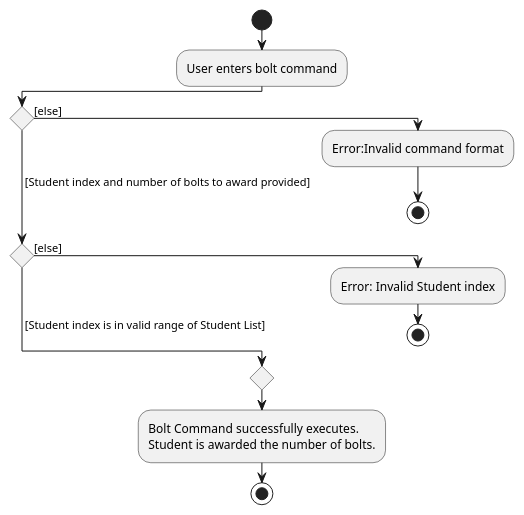
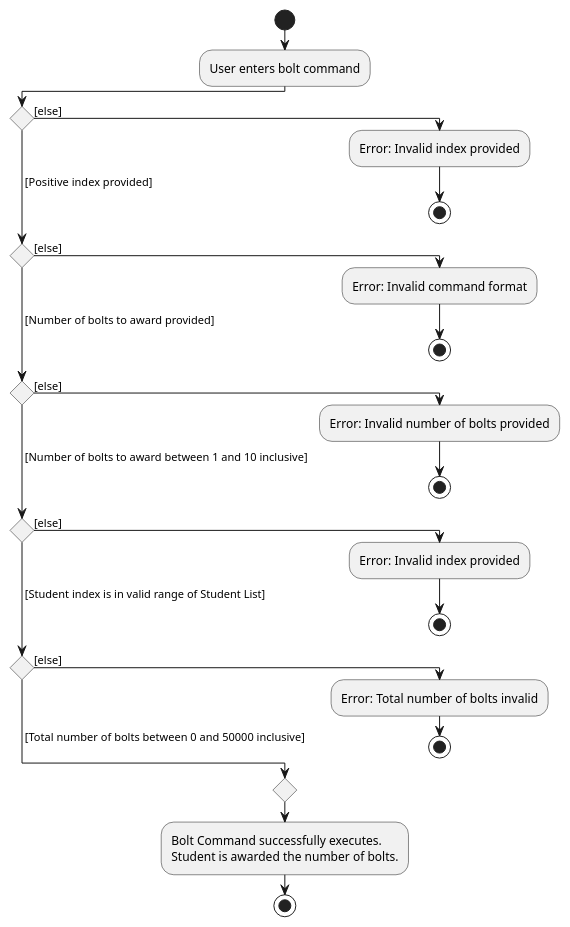
Before and after one commit to c-wenlong/tp: the diagram in docs/diagrams/BoltActivityDiagram.puml, drawn with PlantUML. The commit also changed 5 other files, not shown here.

First line of the commit message:
Update activity diagram for star and bolt command.

```diff
--- a/docs/diagrams/BoltActivityDiagram.puml
+++ b/docs/diagrams/BoltActivityDiagram.puml
@@ -1,17 +1,26 @@
 @startuml
 !pragma useVerticalIf on
 start
 :User enters bolt command;
 if () then ([else])
-  :Error:Invalid command format;
+  :Error: Invalid index provided;
   stop
-( [Student index and number of bolts to award provided]) elseif () then ([else])
-  :Error: Invalid Student index;
+( [Positive index provided]) elseif () then ([else])
+  :Error: Invalid command format;
   stop
-else ( [Student index is in valid range of Student List])
+( [Number of bolts to award provided]) elseif () then ([else])
+  :Error: Invalid number of bolts provided;
+  stop
+( [Number of bolts to award between 1 and 10 inclusive]) elseif () then ([else])
+  :Error: Invalid index provided;
+  stop
+( [Student index is in valid range of Student List]) elseif () then ([else])
+  :Error: Total number of bolts invalid;
+  stop
+else ( [Total number of bolts between 0 and 50000 inclusive])
 endif
   :Bolt Command successfully executes.
 Student is awarded the number of bolts.;
 stop
 
 @enduml
```
